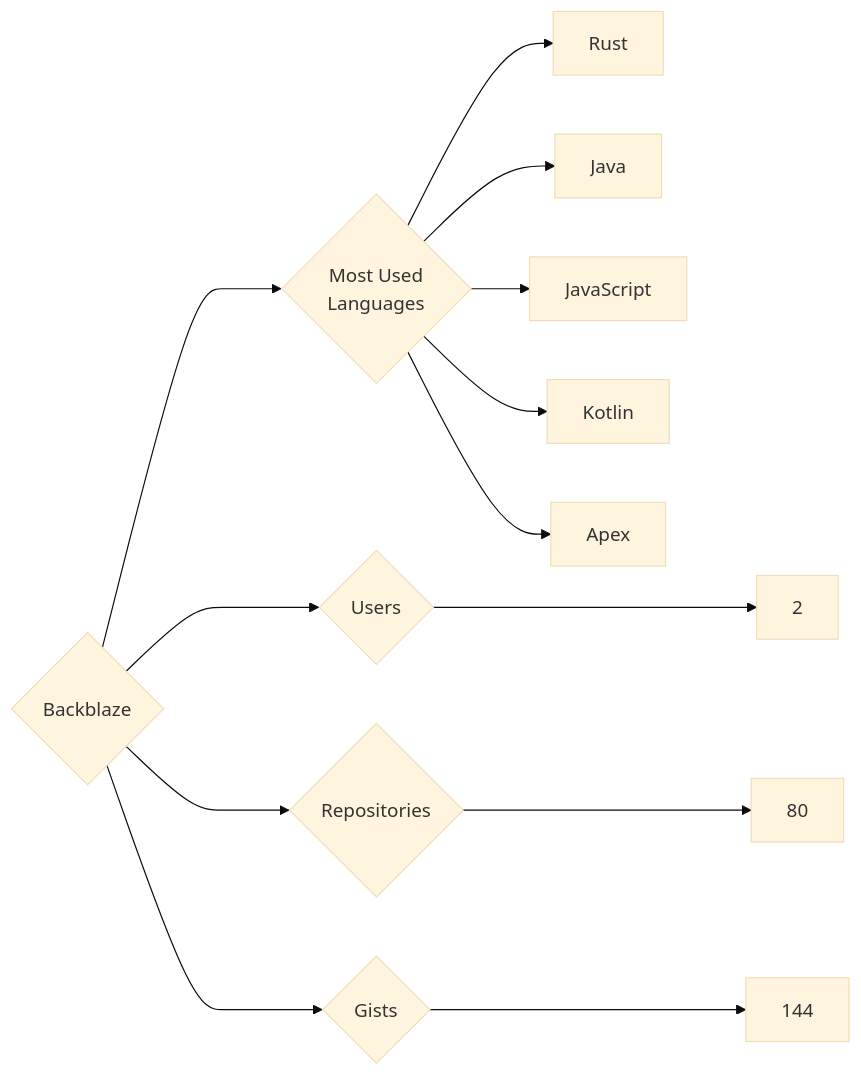
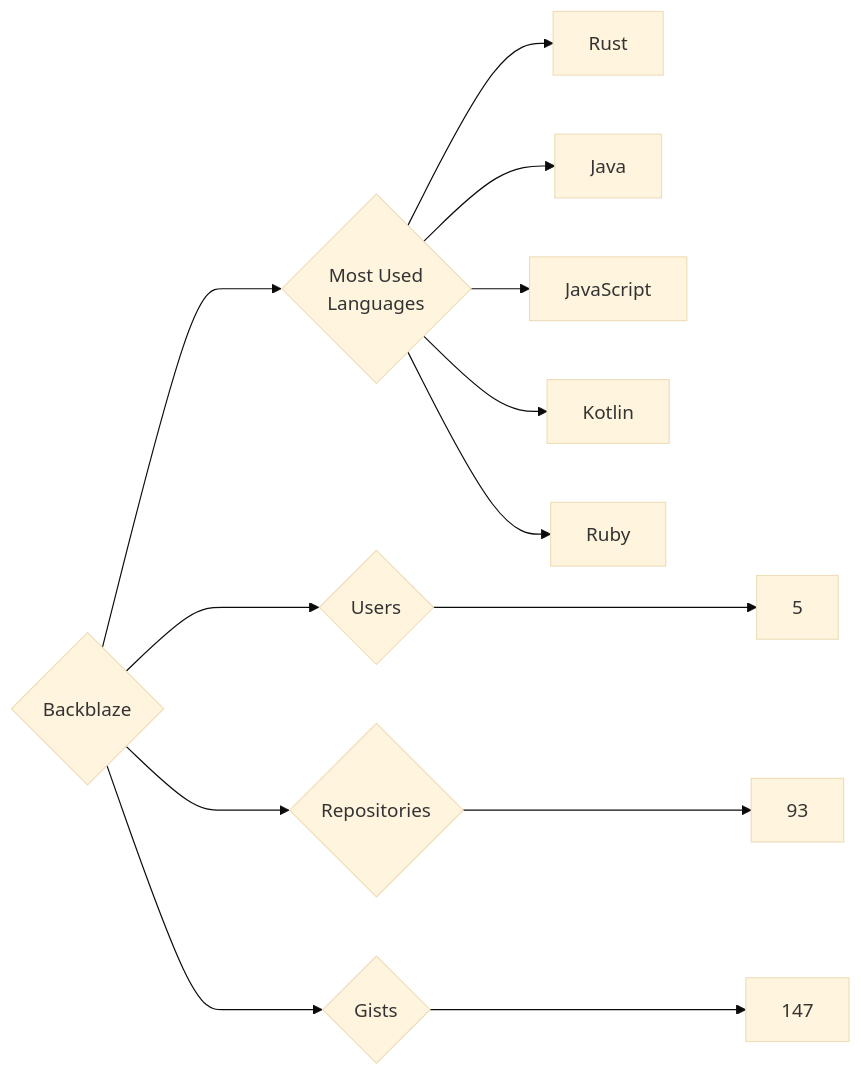
The diagram in targets/Backblaze/README.md (trickest/insiders), drawn with Mermaid (base theme) before and after one commit. The commit also changed 745 other files, not shown here.

````diff
--- a/targets/Backblaze/README.md
+++ b/targets/Backblaze/README.md
@@ -3,13 +3,13 @@
 ```mermaid
 graph LR
 COMPANY_NAME{Backblaze}
-COMPANY_NAME ---> U{Users} ---> UN[2]
-COMPANY_NAME ---> R{Repositories} ---> RN[80]
-COMPANY_NAME ---> G{Gists} ---> GN[144]
+COMPANY_NAME ---> U{Users} ---> UN[5]
+COMPANY_NAME ---> R{Repositories} ---> RN[93]
+COMPANY_NAME ---> G{Gists} ---> GN[147]
 COMPANY_NAME ---> ML{Most Used<br>Languages}
 ML --> Rust[Rust]
 ML --> Java[Java]
 ML --> JavaScript[JavaScript]
 ML --> Kotlin[Kotlin]
-ML --> Apex[Apex]
+ML --> Ruby[Ruby]
 ```
````
